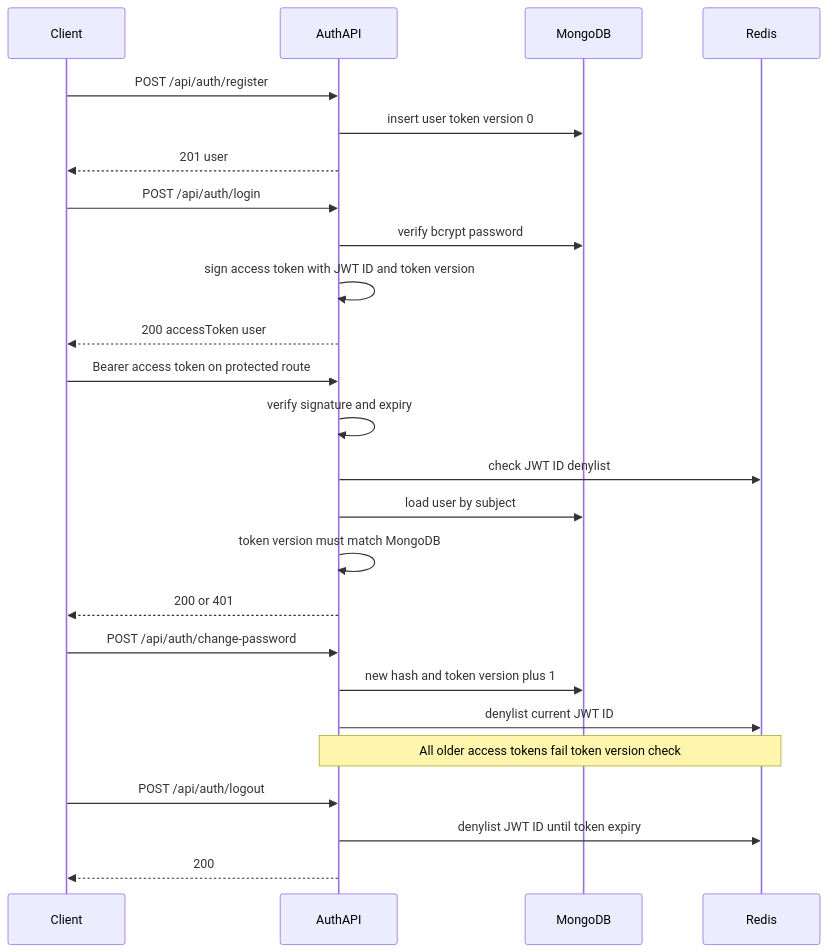
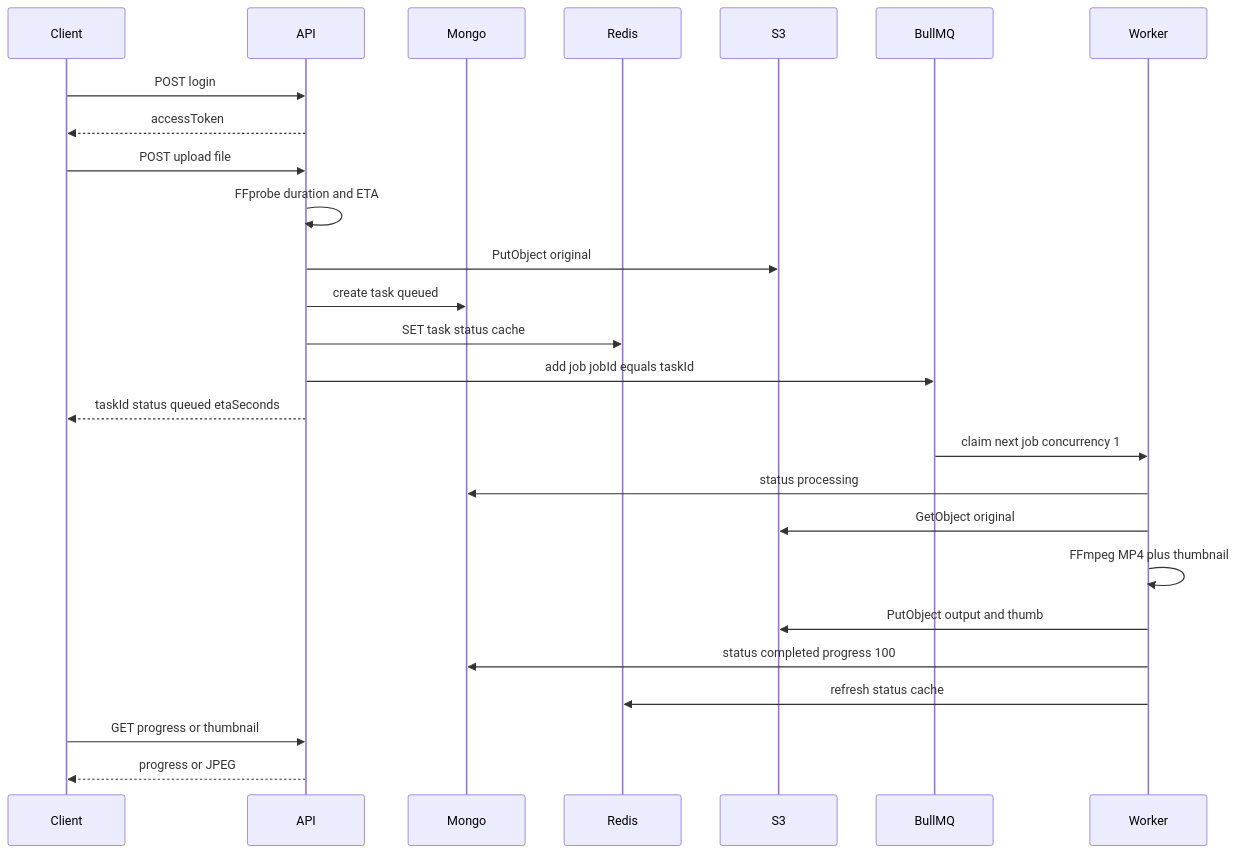
One commit to Shivanshsri15/VideoProcessing changed the second of 6 diagrams in README.md. Above: the diagram before and after it, drawn with Mermaid. The commit also changed other lines of this file and 1 other file, not shown here.

````diff
--- a/README.md
+++ b/README.md
@@ -272,32 +70,29 @@
 ```mermaid
 sequenceDiagram
   participant C as Client
-  participant A as AuthAPI
-  participant M as MongoDB
+  participant A as API
+  participant M as Mongo
   participant R as Redis
+  participant S3 as S3
+  participant Q as BullMQ
+  participant W as Worker
 
-  C->>A: POST /api/auth/register
-  A->>M: insert user token version 0
-  A-->>C: 201 user
-
-  C->>A: POST /api/auth/login
-  A->>M: verify bcrypt password
-  A->>A: sign access token with JWT ID and token version
-  A-->>C: 200 accessToken user
-
-  C->>A: Bearer access token on protected route
-  A->>A: verify signature and expiry
-  A->>R: check JWT ID denylist
-  A->>M: load user by subject
-  A->>A: token version must match MongoDB
-  A-->>C: 200 or 401
-
-  C->>A: POST /api/auth/change-password
-  A->>M: new hash and token version plus 1
-  A->>R: denylist current JWT ID
-  Note over A,R: All older access tokens fail token version check
-
-  C->>A: POST /api/auth/logout
-  A->>R: denylist JWT ID until token expiry
-  A-->>C: 200
+  C->>A: POST login
+  A-->>C: accessToken
+  C->>A: POST upload file
+  A->>A: FFprobe duration and ETA
+  A->>S3: PutObject original
+  A->>M: create task queued
+  A->>R: SET task status cache
+  A->>Q: add job jobId equals taskId
+  A-->>C: taskId status queued etaSeconds
+  Q->>W: claim next job concurrency 1
+  W->>M: status processing
+  W->>S3: GetObject original
+  W->>W: FFmpeg MP4 plus thumbnail
+  W->>S3: PutObject output and thumb
+  W->>M: status completed progress 100
+  W->>R: refresh status cache
+  C->>A: GET progress or thumbnail
+  A-->>C: progress or JPEG
 ```
````
